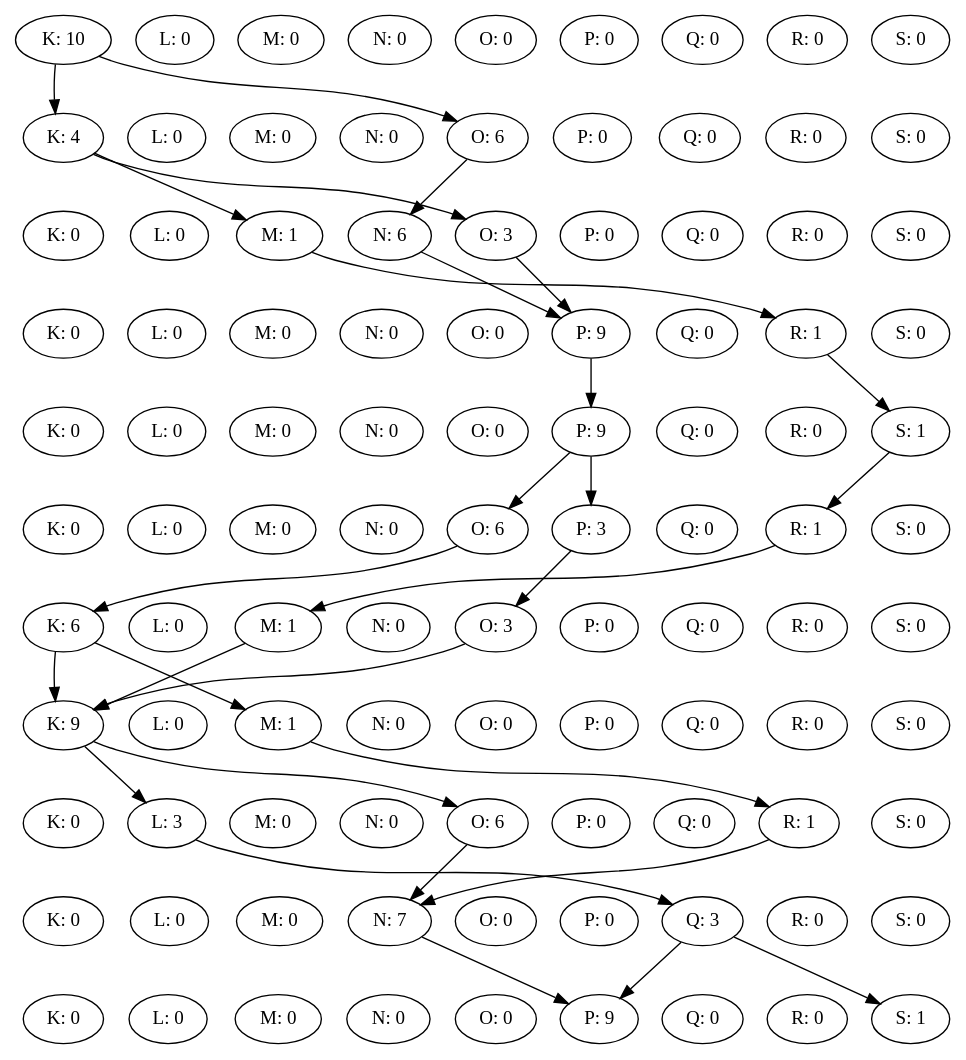
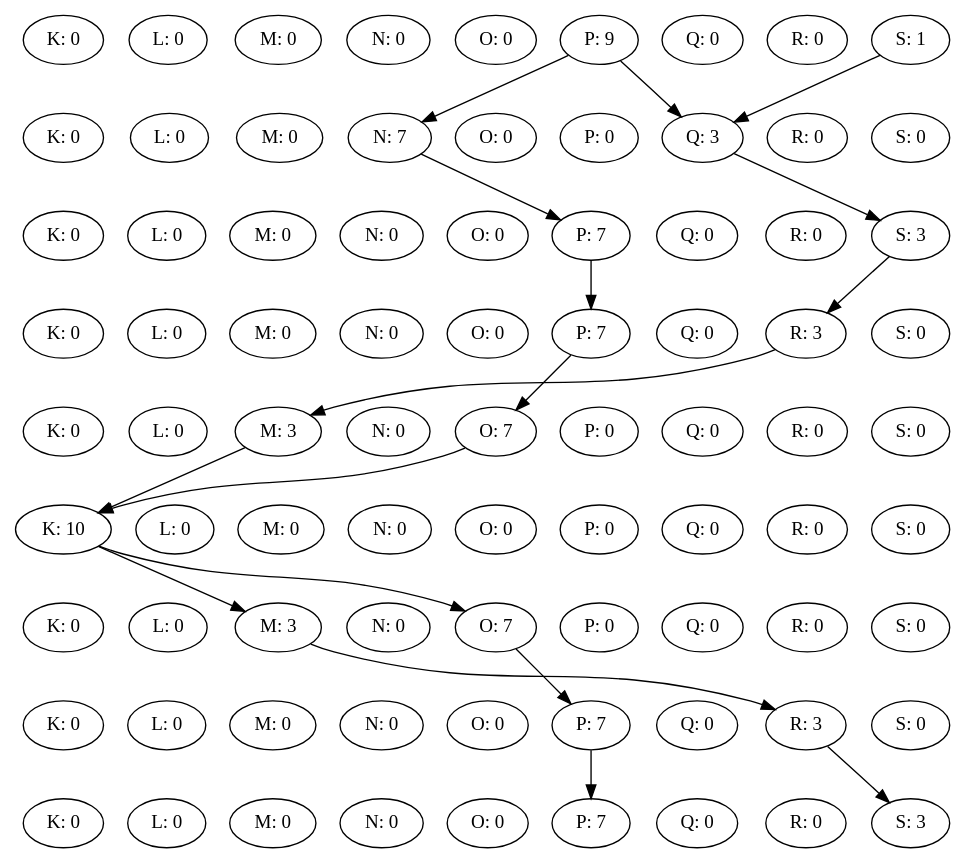
One commit to TieneSabor/slugs_swarmPlanner changed the diagram in ReAssigned.dot. Above: the diagram before and after it, drawn with Graphviz. The commit also changed 47 other files, not shown here.

```diff
--- a/ReAssigned.dot
+++ b/ReAssigned.dot
@@ -1,132 +1,102 @@
 digraph {
-K0 [label="K: 10"];
+K0 [label="K: 0"];
 L0 [label="L: 0"];
 M0 [label="M: 0"];
 N0 [label="N: 0"];
 O0 [label="O: 0"];
-P0 [label="P: 0"];
+P0 [label="P: 9"];
 Q0 [label="Q: 0"];
 R0 [label="R: 0"];
-S0 [label="S: 0"];
-rank = same {K0 -> L0 -> M0 -> N0 -> O0 -> P0 -> Q0 -> R0 -> S0 [style=invis] }K1 [label="K: 4"];
+S0 [label="S: 1"];
+rank = same {K0 -> L0 -> M0 -> N0 -> O0 -> P0 -> Q0 -> R0 -> S0 [style=invis] }K1 [label="K: 0"];
 L1 [label="L: 0"];
 M1 [label="M: 0"];
-N1 [label="N: 0"];
-O1 [label="O: 6"];
+N1 [label="N: 7"];
+O1 [label="O: 0"];
 P1 [label="P: 0"];
-Q1 [label="Q: 0"];
+Q1 [label="Q: 3"];
 R1 [label="R: 0"];
 S1 [label="S: 0"];
-rank = same {K1 -> L1 -> M1 -> N1 -> O1 -> P1 -> Q1 -> R1 -> S1 [style=invis] }K0 -> K1
-K0 -> O1
+rank = same {K1 -> L1 -> M1 -> N1 -> O1 -> P1 -> Q1 -> R1 -> S1 [style=invis] }P0 -> N1
+P0 -> Q1
+S0 -> Q1
 K2 [label="K: 0"];
 L2 [label="L: 0"];
-M2 [label="M: 1"];
-N2 [label="N: 6"];
-O2 [label="O: 3"];
-P2 [label="P: 0"];
+M2 [label="M: 0"];
+N2 [label="N: 0"];
+O2 [label="O: 0"];
+P2 [label="P: 7"];
 Q2 [label="Q: 0"];
 R2 [label="R: 0"];
-S2 [label="S: 0"];
-rank = same {K2 -> L2 -> M2 -> N2 -> O2 -> P2 -> Q2 -> R2 -> S2 [style=invis] }K1 -> M2
-K1 -> O2
-O1 -> N2
+S2 [label="S: 3"];
+rank = same {K2 -> L2 -> M2 -> N2 -> O2 -> P2 -> Q2 -> R2 -> S2 [style=invis] }N1 -> P2
+Q1 -> S2
 K3 [label="K: 0"];
 L3 [label="L: 0"];
 M3 [label="M: 0"];
 N3 [label="N: 0"];
 O3 [label="O: 0"];
-P3 [label="P: 9"];
+P3 [label="P: 7"];
 Q3 [label="Q: 0"];
-R3 [label="R: 1"];
+R3 [label="R: 3"];
 S3 [label="S: 0"];
-rank = same {K3 -> L3 -> M3 -> N3 -> O3 -> P3 -> Q3 -> R3 -> S3 [style=invis] }M2 -> R3
-N2 -> P3
-O2 -> P3
+rank = same {K3 -> L3 -> M3 -> N3 -> O3 -> P3 -> Q3 -> R3 -> S3 [style=invis] }P2 -> P3
+S2 -> R3
 K4 [label="K: 0"];
 L4 [label="L: 0"];
-M4 [label="M: 0"];
+M4 [label="M: 3"];
 N4 [label="N: 0"];
-O4 [label="O: 0"];
-P4 [label="P: 9"];
+O4 [label="O: 7"];
+P4 [label="P: 0"];
 Q4 [label="Q: 0"];
 R4 [label="R: 0"];
-S4 [label="S: 1"];
-rank = same {K4 -> L4 -> M4 -> N4 -> O4 -> P4 -> Q4 -> R4 -> S4 [style=invis] }P3 -> P4
-R3 -> S4
-K5 [label="K: 0"];
+S4 [label="S: 0"];
+rank = same {K4 -> L4 -> M4 -> N4 -> O4 -> P4 -> Q4 -> R4 -> S4 [style=invis] }P3 -> O4
+R3 -> M4
+K5 [label="K: 10"];
 L5 [label="L: 0"];
 M5 [label="M: 0"];
 N5 [label="N: 0"];
-O5 [label="O: 6"];
-P5 [label="P: 3"];
+O5 [label="O: 0"];
+P5 [label="P: 0"];
 Q5 [label="Q: 0"];
-R5 [label="R: 1"];
+R5 [label="R: 0"];
 S5 [label="S: 0"];
-rank = same {K5 -> L5 -> M5 -> N5 -> O5 -> P5 -> Q5 -> R5 -> S5 [style=invis] }P4 -> O5
-P4 -> P5
-S4 -> R5
-K6 [label="K: 6"];
+rank = same {K5 -> L5 -> M5 -> N5 -> O5 -> P5 -> Q5 -> R5 -> S5 [style=invis] }M4 -> K5
+O4 -> K5
+K6 [label="K: 0"];
 L6 [label="L: 0"];
-M6 [label="M: 1"];
+M6 [label="M: 3"];
 N6 [label="N: 0"];
-O6 [label="O: 3"];
+O6 [label="O: 7"];
 P6 [label="P: 0"];
 Q6 [label="Q: 0"];
 R6 [label="R: 0"];
 S6 [label="S: 0"];
-rank = same {K6 -> L6 -> M6 -> N6 -> O6 -> P6 -> Q6 -> R6 -> S6 [style=invis] }O5 -> K6
-P5 -> O6
-R5 -> M6
-K7 [label="K: 9"];
+rank = same {K6 -> L6 -> M6 -> N6 -> O6 -> P6 -> Q6 -> R6 -> S6 [style=invis] }K5 -> M6
+K5 -> O6
+K7 [label="K: 0"];
 L7 [label="L: 0"];
-M7 [label="M: 1"];
+M7 [label="M: 0"];
 N7 [label="N: 0"];
 O7 [label="O: 0"];
-P7 [label="P: 0"];
+P7 [label="P: 7"];
 Q7 [label="Q: 0"];
-R7 [label="R: 0"];
+R7 [label="R: 3"];
 S7 [label="S: 0"];
-rank = same {K7 -> L7 -> M7 -> N7 -> O7 -> P7 -> Q7 -> R7 -> S7 [style=invis] }K6 -> K7
-K6 -> M7
-M6 -> K7
-O6 -> K7
+rank = same {K7 -> L7 -> M7 -> N7 -> O7 -> P7 -> Q7 -> R7 -> S7 [style=invis] }M6 -> R7
+O6 -> P7
 K8 [label="K: 0"];
-L8 [label="L: 3"];
+L8 [label="L: 0"];
 M8 [label="M: 0"];
 N8 [label="N: 0"];
-O8 [label="O: 6"];
-P8 [label="P: 0"];
+O8 [label="O: 0"];
+P8 [label="P: 7"];
 Q8 [label="Q: 0"];
-R8 [label="R: 1"];
-S8 [label="S: 0"];
-rank = same {K8 -> L8 -> M8 -> N8 -> O8 -> P8 -> Q8 -> R8 -> S8 [style=invis] }K7 -> L8
-K7 -> O8
-M7 -> R8
-K9 [label="K: 0"];
-L9 [label="L: 0"];
-M9 [label="M: 0"];
-N9 [label="N: 7"];
-O9 [label="O: 0"];
-P9 [label="P: 0"];
-Q9 [label="Q: 3"];
-R9 [label="R: 0"];
-S9 [label="S: 0"];
-rank = same {K9 -> L9 -> M9 -> N9 -> O9 -> P9 -> Q9 -> R9 -> S9 [style=invis] }L8 -> Q9
-O8 -> N9
-R8 -> N9
-K10 [label="K: 0"];
-L10 [label="L: 0"];
-M10 [label="M: 0"];
-N10 [label="N: 0"];
-O10 [label="O: 0"];
-P10 [label="P: 9"];
-Q10 [label="Q: 0"];
-R10 [label="R: 0"];
-S10 [label="S: 1"];
-rank = same {K10 -> L10 -> M10 -> N10 -> O10 -> P10 -> Q10 -> R10 -> S10 [style=invis] }N9 -> P10
-Q9 -> P10
-Q9 -> S10
-K0 -> K1 -> K2 -> K3 -> K4 -> K5 -> K6 -> K7 -> K8 -> K9 -> K10 [ style=invis; weight=1000 ]
-S0 -> S1 -> S2 -> S3 -> S4 -> S5 -> S6 -> S7 -> S8 -> S9 -> S10 [ style=invis; weight=1000 ]
+R8 [label="R: 0"];
+S8 [label="S: 3"];
+rank = same {K8 -> L8 -> M8 -> N8 -> O8 -> P8 -> Q8 -> R8 -> S8 [style=invis] }P7 -> P8
+R7 -> S8
+K0 -> K1 -> K2 -> K3 -> K4 -> K5 -> K6 -> K7 -> K8 [ style=invis; weight=1000 ]
+S0 -> S1 -> S2 -> S3 -> S4 -> S5 -> S6 -> S7 -> S8 [ style=invis; weight=1000 ]
 }
```
